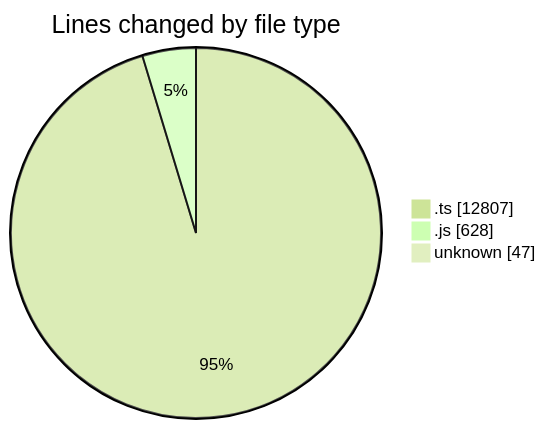
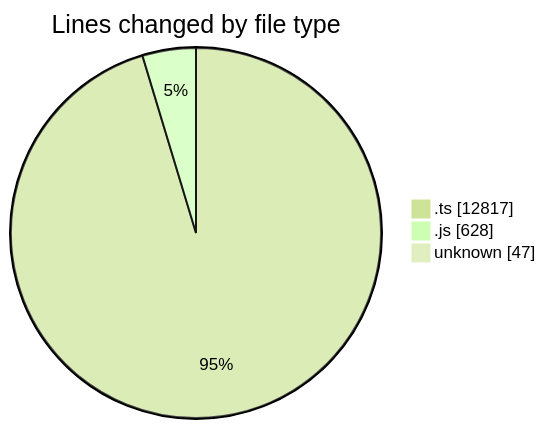
The first of 2 diagrams in 2025-09-05/cda/README.md (momahboobian/code-tracking), drawn with Mermaid (forest theme) before and after one commit. The commit also changed other lines of this file and 1 other file, not shown here.

````diff
--- a/2025-09-05/cda/README.md
+++ b/2025-09-05/cda/README.md
@@ -27,7 +27,7 @@
 ```mermaid
 pie showData
 title Lines changed by file type
-".ts" : 12807
+".ts" : 12817
 ".js" : 628
 "unknown" : 47
 ```
````
